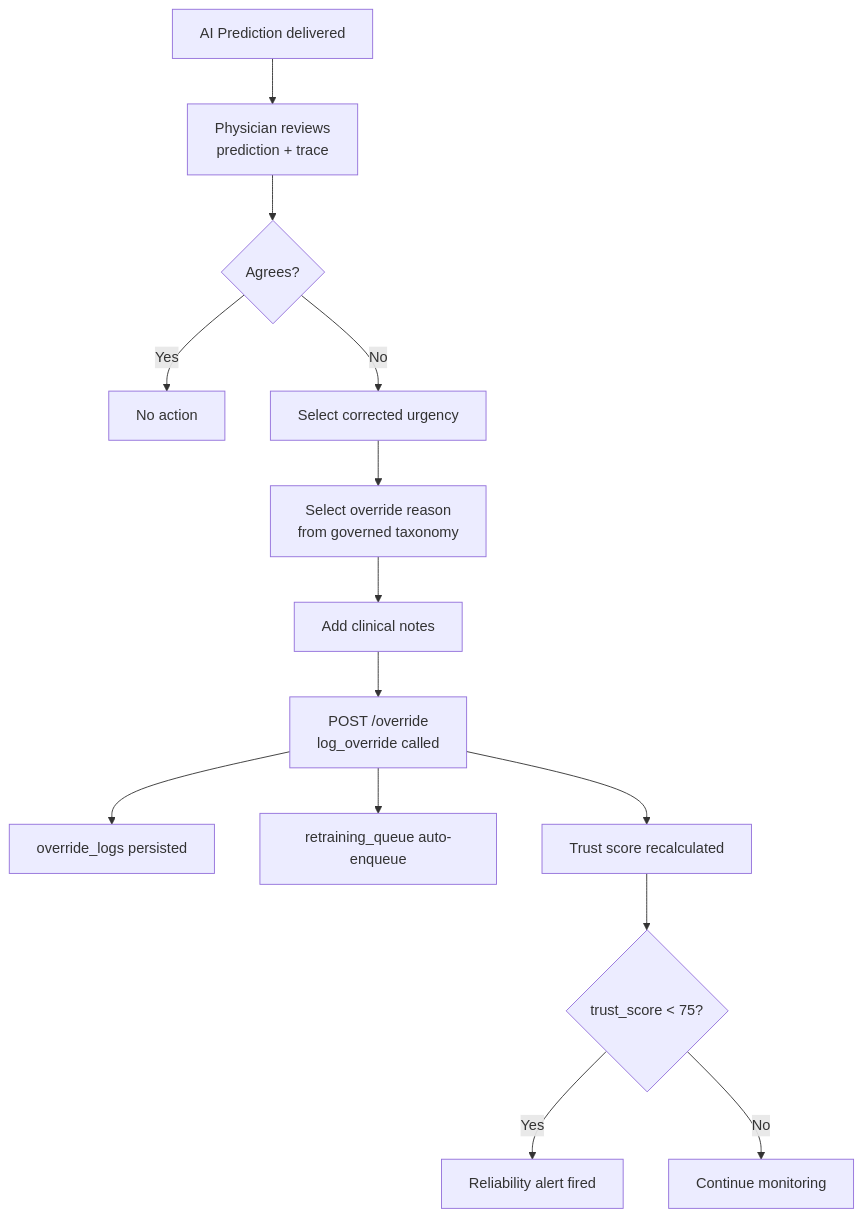
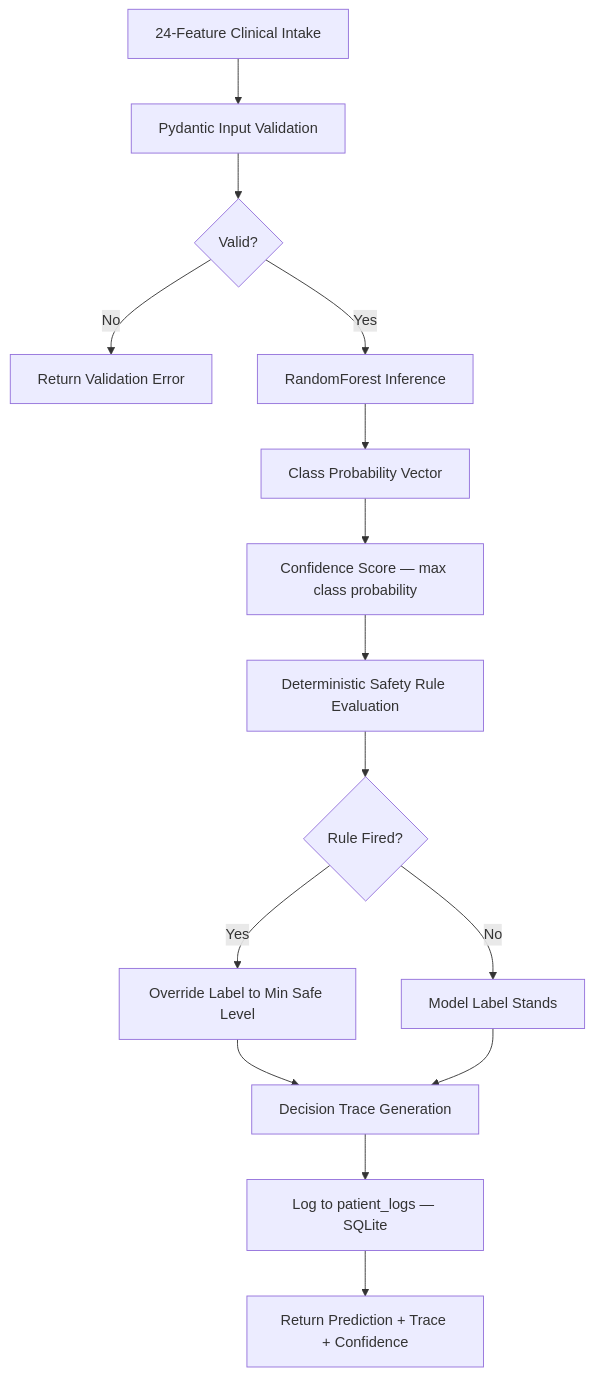
Before and after one commit to JeeniaBasu/TriageFlow-AI: the second of 5 diagrams in README.md, drawn with Mermaid. The commit also changed other lines of this file, not shown here.

````diff
--- a/README.md
+++ b/README.md
@@ -312,16 +160,17 @@
 ```mermaid
 flowchart TD
-    A[AI Prediction delivered] --> B[Physician reviews\nprediction + trace]
-    B --> C{Agrees?}
-    C -->|Yes| D[No action]
-    C -->|No| E[Select corrected urgency]
-    E --> F[Select override reason\nfrom governed taxonomy]
-    F --> G[Add clinical notes]
-    G --> H[POST /override\nlog_override called]
-    H --> I[override_logs persisted]
-    H --> J[retraining_queue auto-enqueue]
-    H --> K[Trust score recalculated]
-    K --> L{trust_score < 75?}
-    L -->|Yes| M[Reliability alert fired]
-    L -->|No| N[Continue monitoring]
+    A[24-Feature Clinical Intake] --> B[Pydantic Input Validation]
+    B --> C{Valid?}
+    C -- No --> Z[Return Validation Error]
+    C -- Yes --> D[RandomForest Inference]
+    D --> E[Class Probability Vector]
+    E --> F[Confidence Score — max class probability]
+    F --> G[Deterministic Safety Rule Evaluation]
+    G --> H{Rule Fired?}
+    H -- Yes --> I[Override Label to Min Safe Level]
+    H -- No --> J[Model Label Stands]
+    I --> K[Decision Trace Generation]
+    J --> K
+    K --> L[Log to patient_logs — SQLite]
+    L --> M[Return Prediction + Trace + Confidence]
 ```
````
